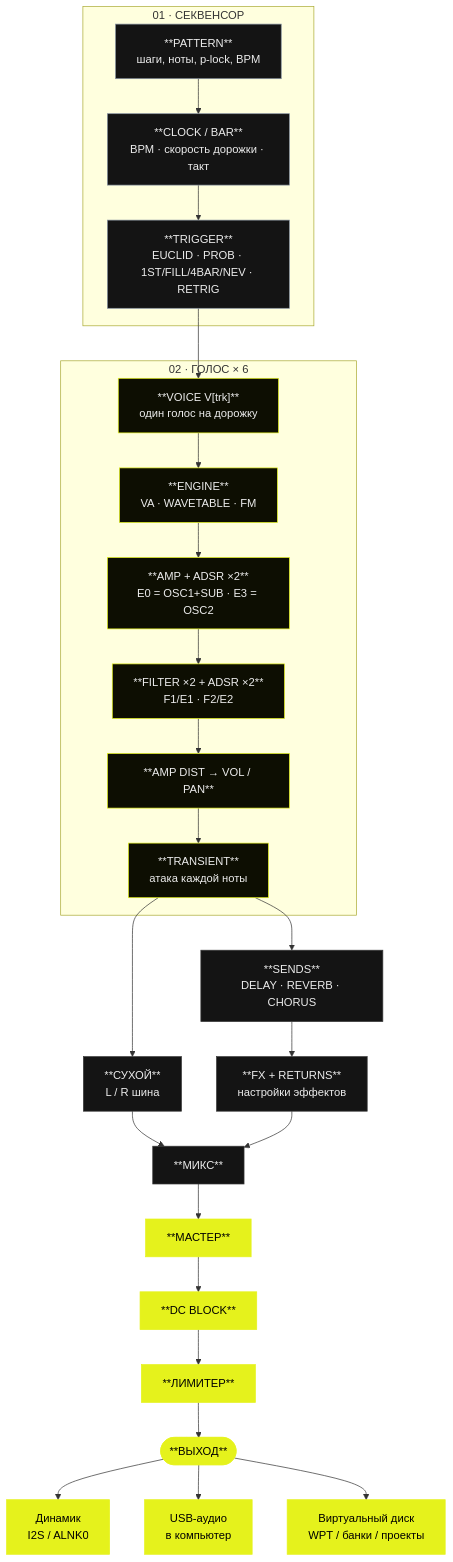
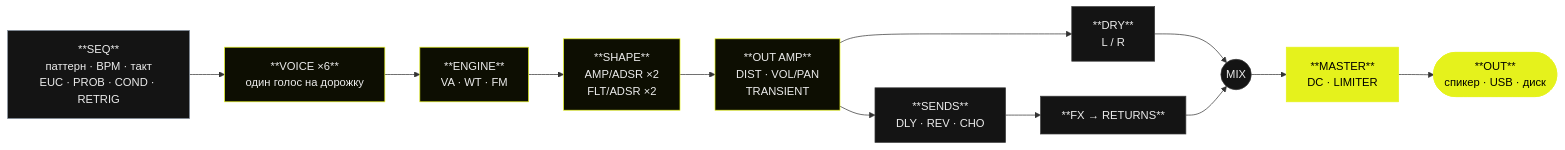
The diagram in README.md (RAWJUNGLE/M-WORM), drawn with Mermaid before and after one commit.

````diff
--- a/README.md
+++ b/README.md
@@ -25,40 +25,28 @@
 ```mermaid
-flowchart TD
-    subgraph S1["01 · СЕКВЕНСОР"]
-        P["**PATTERN**<br/>шаги, ноты, p-lock, BPM"] --> C["**CLOCK / BAR**<br/>BPM · скорость дорожки · такт"]
-        C --> T["**TRIGGER**<br/>EUCLID · PROB · 1ST/FILL/4BAR/NEV · RETRIG"]
-    end
+flowchart LR
+    SEQ["**SEQ**<br/>паттерн · BPM · такт<br/>EUC · PROB · COND · RETRIG"]
+    V["**VOICE ×6**<br/>один голос на дорожку"]
+    E["**ENGINE**<br/>VA · WT · FM"]
+    S["**SHAPE**<br/>AMP/ADSR ×2<br/>FLT/ADSR ×2"]
+    O["**OUT AMP**<br/>DIST · VOL/PAN<br/>TRANSIENT"]
+    D["**DRY**<br/>L / R"]
+    SND["**SENDS**<br/>DLY · REV · CHO"]
+    FX["**FX → RETURNS**"]
+    MIX(("MIX"))
+    M["**MASTER**<br/>DC · LIMITER"]
+    OUT(["**OUT**<br/>спикер · USB · диск"])
 
-    subgraph S2["02 · ГОЛОС × 6"]
-        V["**VOICE V[trk]**<br/>один голос на дорожку"] --> E["**ENGINE**<br/>VA · WAVETABLE · FM"]
-        E --> A["**AMP + ADSR ×2**<br/>E0 = OSC1+SUB · E3 = OSC2"]
-        A --> F["**FILTER ×2 + ADSR ×2**<br/>F1/E1 · F2/E2"]
-        F --> D["**AMP DIST → VOL / PAN**"]
-        D --> TR["**TRANSIENT**<br/>атака каждой ноты"]
-    end
-
-    T --> V
-
-    TR --> DRY["**СУХОЙ**<br/>L / R шина"]
-    TR --> SND["**SENDS**<br/>DELAY · REVERB · CHORUS"]
-    SND --> FX["**FX + RETURNS**<br/>настройки эффектов"]
-    DRY --> MIX["**МИКС**"]
-    FX --> MIX
-    MIX --> MASTER["**МАСТЕР**"]
-    MASTER --> DC["**DC BLOCK**"]
-    DC --> LIM["**ЛИМИТЕР**"]
-    LIM --> OUT(["**ВЫХОД**"])
-
-    OUT --> SPK["Динамик<br/>I2S / ALNK0"]
-    OUT --> USB["USB-аудио<br/>в компьютер"]
-    OUT --> DISK["Виртуальный диск<br/>WPT / банки / проекты"]
+    SEQ --> V --> E --> S --> O
+    O --> D --> MIX
+    O --> SND --> FX --> MIX
+    MIX --> M --> OUT
 
     classDef seq fill:#141414,stroke:#8792a0,color:#ececec;
     classDef voice fill:#0d0e02,stroke:#e5f21c,color:#ececec;
-    classDef fx fill:#141414,stroke:#3a3a3a,color:#ececec;
+    classDef bus fill:#141414,stroke:#3a3a3a,color:#ececec;
     classDef out fill:#e5f21c,stroke:#e5f21c,color:#000000;
-    class P,C,T seq;
-    class V,E,A,F,D,TR voice;
-    class DRY,SND,FX,MIX fx;
-    class MASTER,DC,LIM,OUT,SPK,USB,DISK out;
+    class SEQ seq;
+    class V,E,S,O voice;
+    class D,SND,FX,MIX bus;
+    class M,OUT out;
 ```
````
